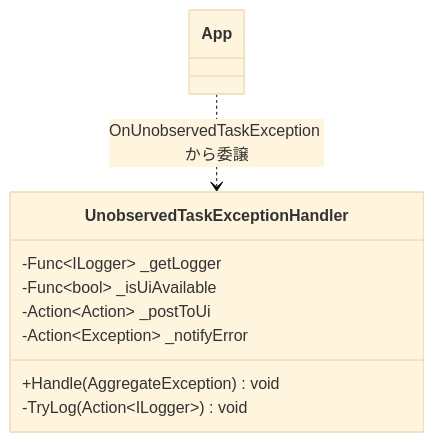
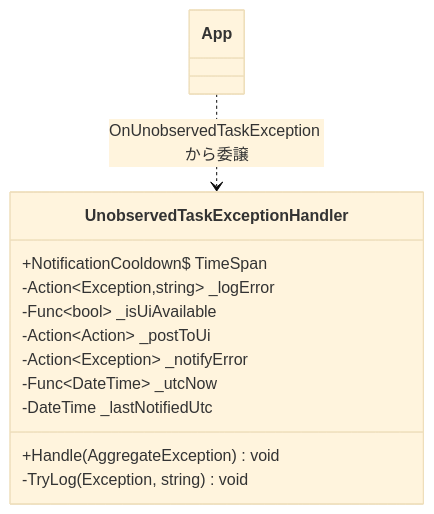
Before and after one commit to kuwayamamasayuki/ICCardManager: diagram 43 of 49 in ICCardManager/docs/design/05_クラス設計書.md, drawn with Mermaid (base theme). The commit also changed other lines of this file and 7 other files, not shown here.

````diff
--- a/ICCardManager/docs/design/05_クラス設計書.md
+++ b/ICCardManager/docs/design/05_クラス設計書.md
@@ -2192,13 +2192,16 @@
 ```mermaid
 classDiagram
     class UnobservedTaskExceptionHandler {
-        -Func~ILogger~ _getLogger
+        +NotificationCooldown$ TimeSpan
+        -Action~Exception,string~ _logError
         -Func~bool~ _isUiAvailable
         -Action~Action~ _postToUi
         -Action~Exception~ _notifyError
+        -Func~DateTime~ _utcNow
+        -DateTime _lastNotifiedUtc
         +Handle(AggregateException) void
-        -TryLog(Action~ILogger~) void
+        -TryLog(Exception, string) void
     }
 
     App ..> UnobservedTaskExceptionHandler : OnUnobservedTaskException から委譲
 ```
````
